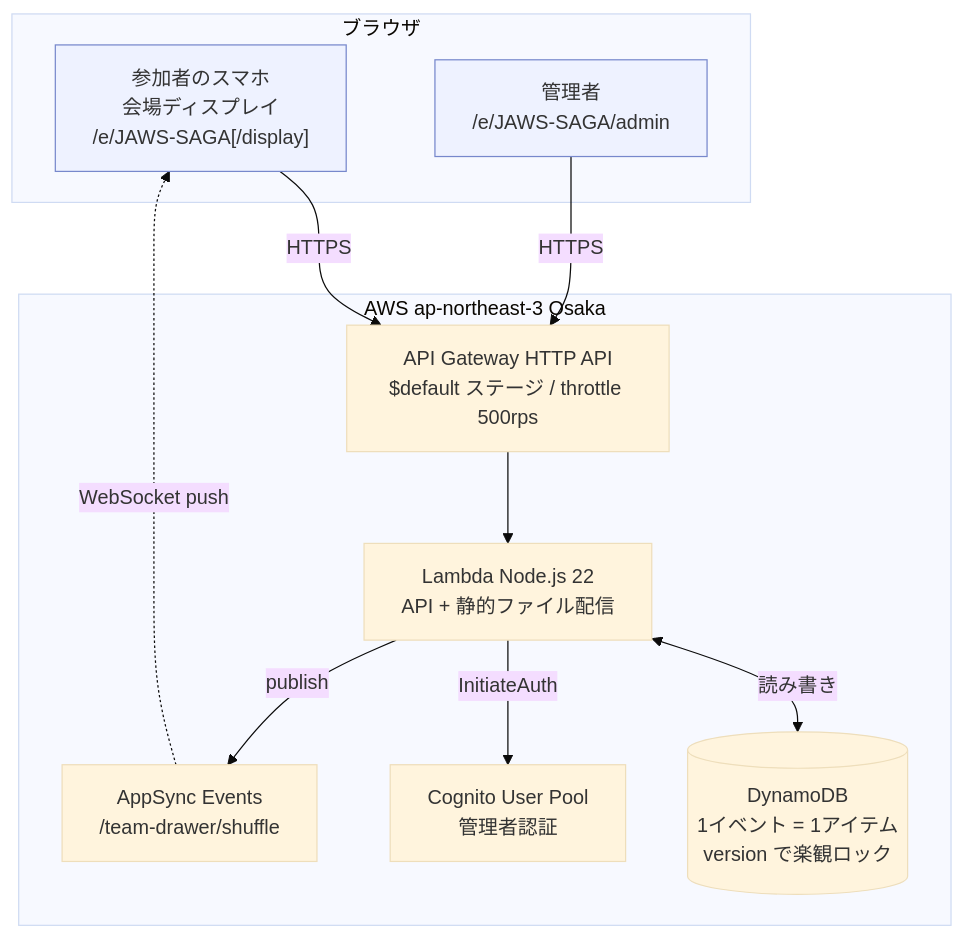
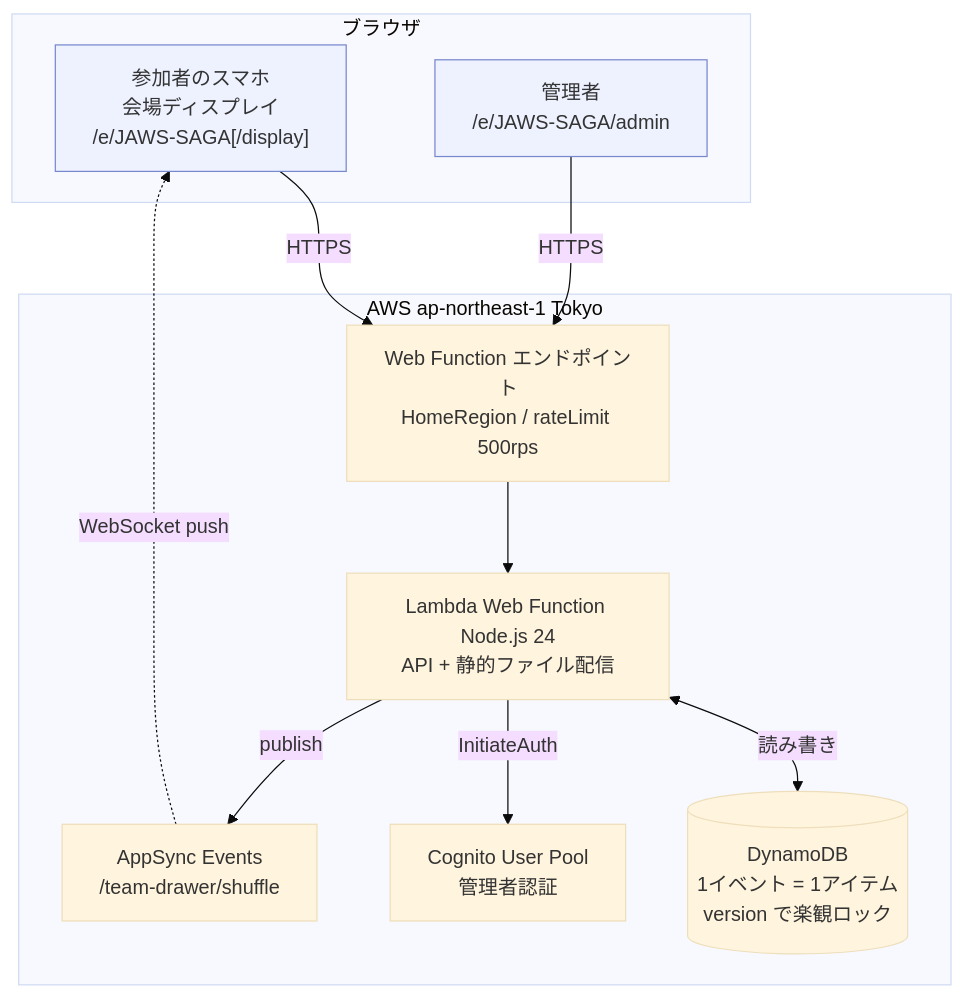
Before and after one commit to midnight480/randomly-assign-participants-to-teams: the first of 3 diagrams in README.md, drawn with Mermaid (base theme). The commit also changed other lines of this file and 8 other files, not shown here.

First line of the commit message:
feat: Lambda Web Functions に載せ替えて東京にデプロイする

````diff
--- a/README.md
+++ b/README.md
@@ -41,26 +43,26 @@
 ```mermaid
 flowchart TB
     subgraph client["ブラウザ"]
         V["参加者のスマホ<br/>会場ディスプレイ<br/>/e/JAWS-SAGA[/display]"]
         A["管理者<br/>/e/JAWS-SAGA/admin"]
     end
 
-    subgraph aws["AWS ap-northeast-3 Osaka"]
-        APIGW["API Gateway HTTP API<br/>$default ステージ / throttle 500rps"]
-        L["Lambda Node.js 22<br/>API + 静的ファイル配信"]
+    subgraph aws["AWS ap-northeast-1 Tokyo"]
+        APIGW["Web Function エンドポイント<br/>HomeRegion / rateLimit 500rps"]
+        L["Lambda Web Function Node.js 24<br/>API + 静的ファイル配信"]
         DDB[("DynamoDB<br/>1イベント = 1アイテム<br/>version で楽観ロック")]
         COG["Cognito User Pool<br/>管理者認証"]
         EV["AppSync Events<br/>/team-drawer/shuffle"]
     end
 
     V -->|HTTPS| APIGW
     A -->|HTTPS| APIGW
     APIGW --> L
     L <-->|読み書き| DDB
     L -->|InitiateAuth| COG
     L -->|publish| EV
     EV -.->|WebSocket push| V
 
     classDef browser fill:#eef2ff,stroke:#7788cc
     class V,A browser
 ```
````
